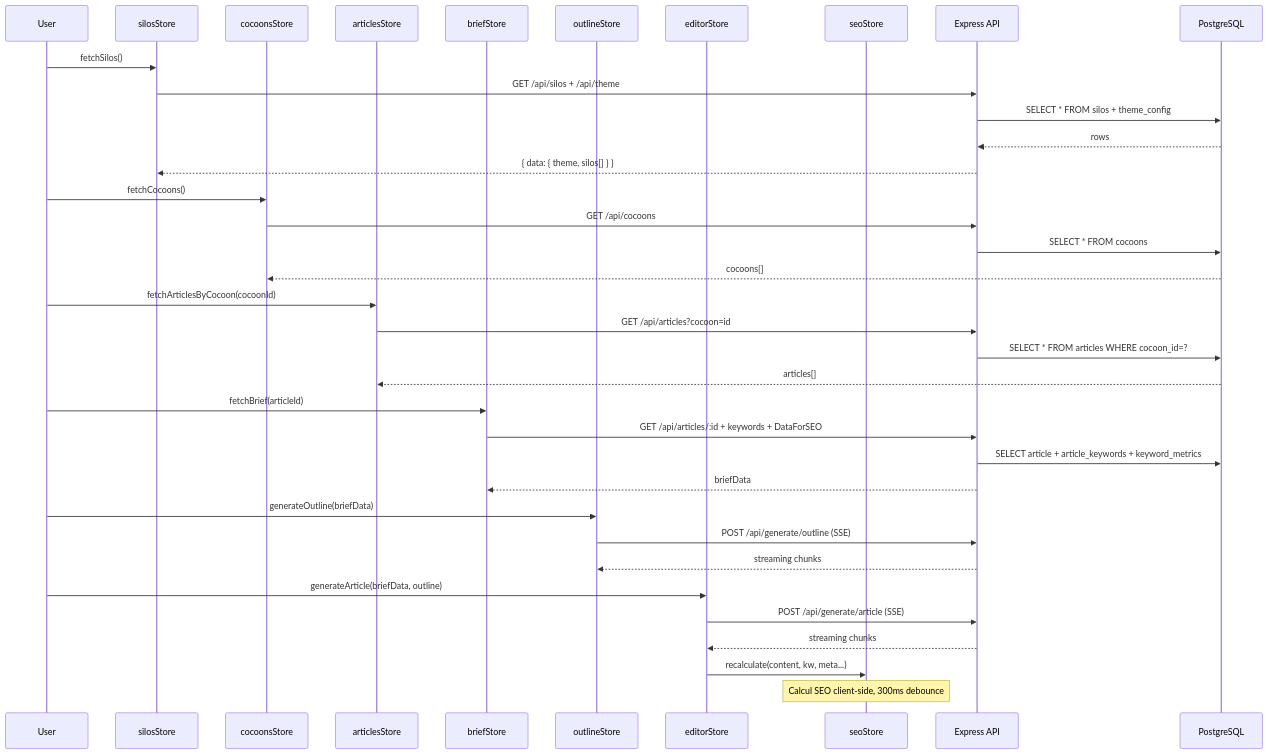
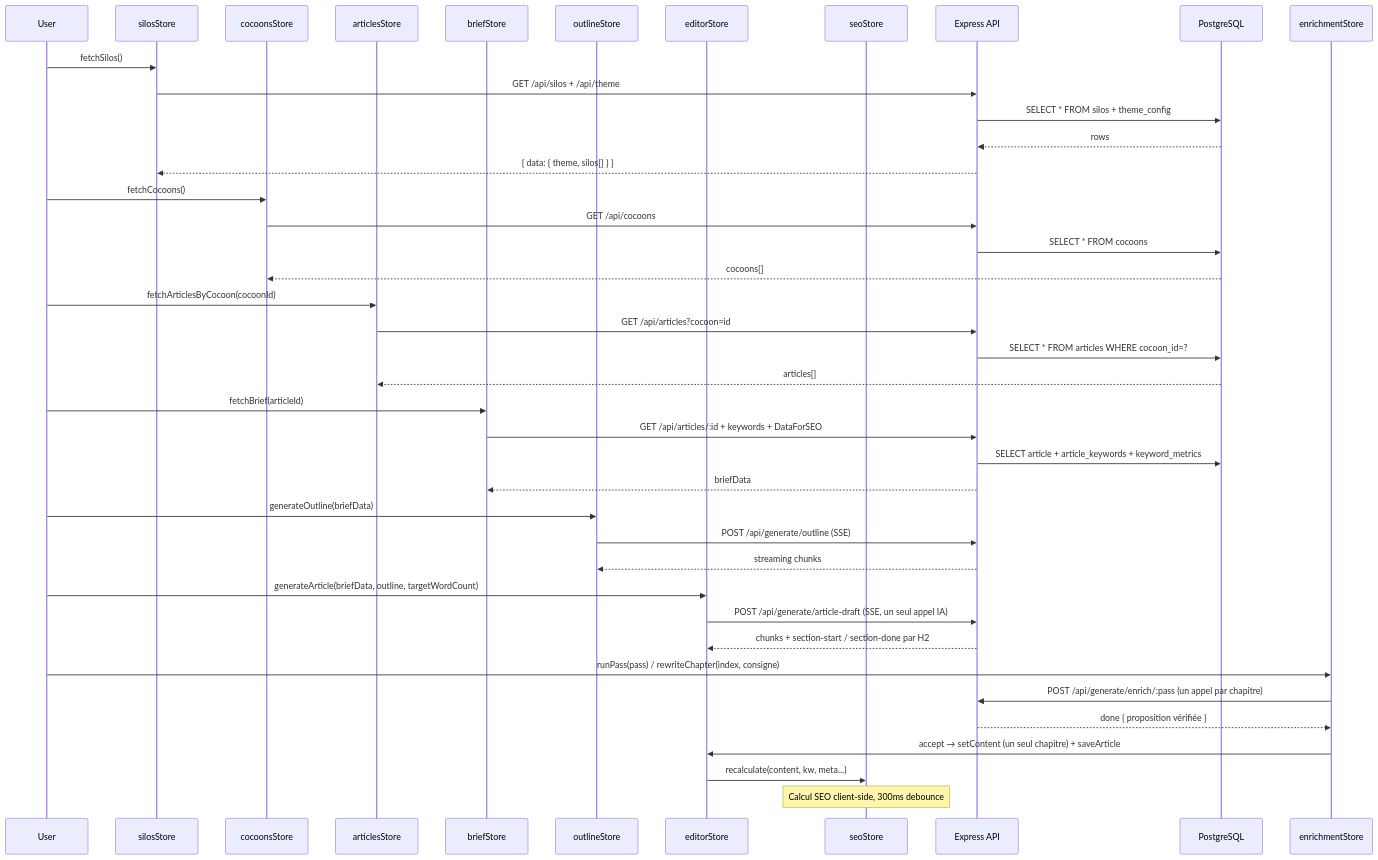
Before and after one commit to annubis-knight/Blog_Redactor_SEO: the fourth of 25 diagrams in docs/ARCHITECTURE_FLOWS.md, drawn with Mermaid. The commit also changed other lines of this file and 11 other files, not shown here.

````diff
--- a/docs/ARCHITECTURE_FLOWS.md
+++ b/docs/ARCHITECTURE_FLOWS.md
@@ -255,45 +257,50 @@
 ```mermaid
 sequenceDiagram
     participant User
     participant silosStore
     participant cocoonsStore
     participant articlesStore
     participant briefStore
     participant outlineStore
     participant editorStore
     participant seoStore
     participant API as Express API
     participant PG as PostgreSQL
 
     User->>silosStore: fetchSilos()
     silosStore->>API: GET /api/silos + /api/theme
     API->>PG: SELECT * FROM silos + theme_config
     PG-->>API: rows
     API-->>silosStore: { data: { theme, silos[] } }
 
     User->>cocoonsStore: fetchCocoons()
     cocoonsStore->>API: GET /api/cocoons
     API->>PG: SELECT * FROM cocoons
     PG-->>cocoonsStore: cocoons[]
 
     User->>articlesStore: fetchArticlesByCocoon(cocoonId)
     articlesStore->>API: GET /api/articles?cocoon=id
     API->>PG: SELECT * FROM articles WHERE cocoon_id=?
     PG-->>articlesStore: articles[]
 
     User->>briefStore: fetchBrief(articleId)
     briefStore->>API: GET /api/articles/:id + keywords + DataForSEO
     API->>PG: SELECT article + article_keywords + keyword_metrics
     API-->>briefStore: briefData
 
     User->>outlineStore: generateOutline(briefData)
     outlineStore->>API: POST /api/generate/outline (SSE)
     API-->>outlineStore: streaming chunks
 
-    User->>editorStore: generateArticle(briefData, outline)
-    editorStore->>API: POST /api/generate/article (SSE)
-    API-->>editorStore: streaming chunks
+    User->>editorStore: generateArticle(briefData, outline, targetWordCount)
+    editorStore->>API: POST /api/generate/article-draft (SSE, un seul appel IA)
+    API-->>editorStore: chunks + section-start / section-done par H2
+
+    User->>enrichmentStore: runPass(pass) / rewriteChapter(index, consigne)
+    enrichmentStore->>API: POST /api/generate/enrich/:pass (un appel par chapitre)
+    API-->>enrichmentStore: done { proposition vérifiée }
+    enrichmentStore->>editorStore: accept → setContent (un seul chapitre) + saveArticle
 
     editorStore->>seoStore: recalculate(content, kw, meta...)
     Note over seoStore: Calcul SEO client-side, 300ms debounce
 ```
````
